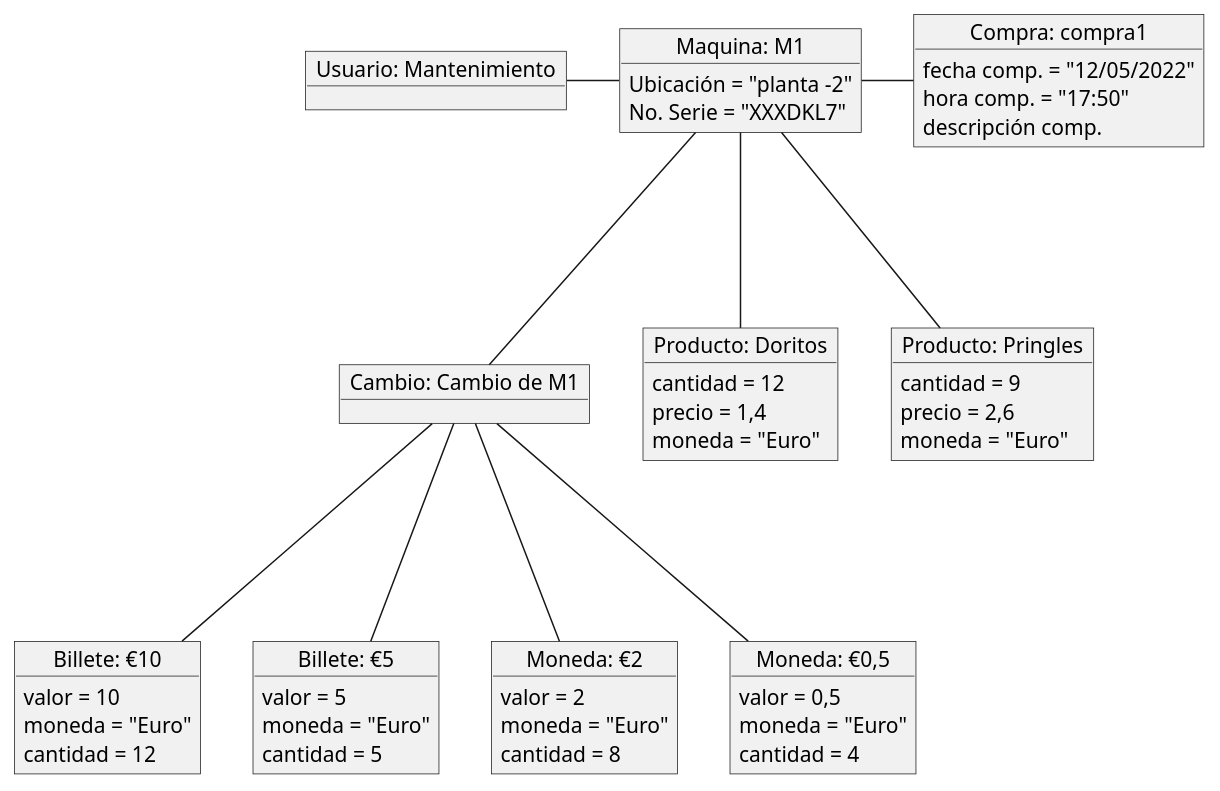
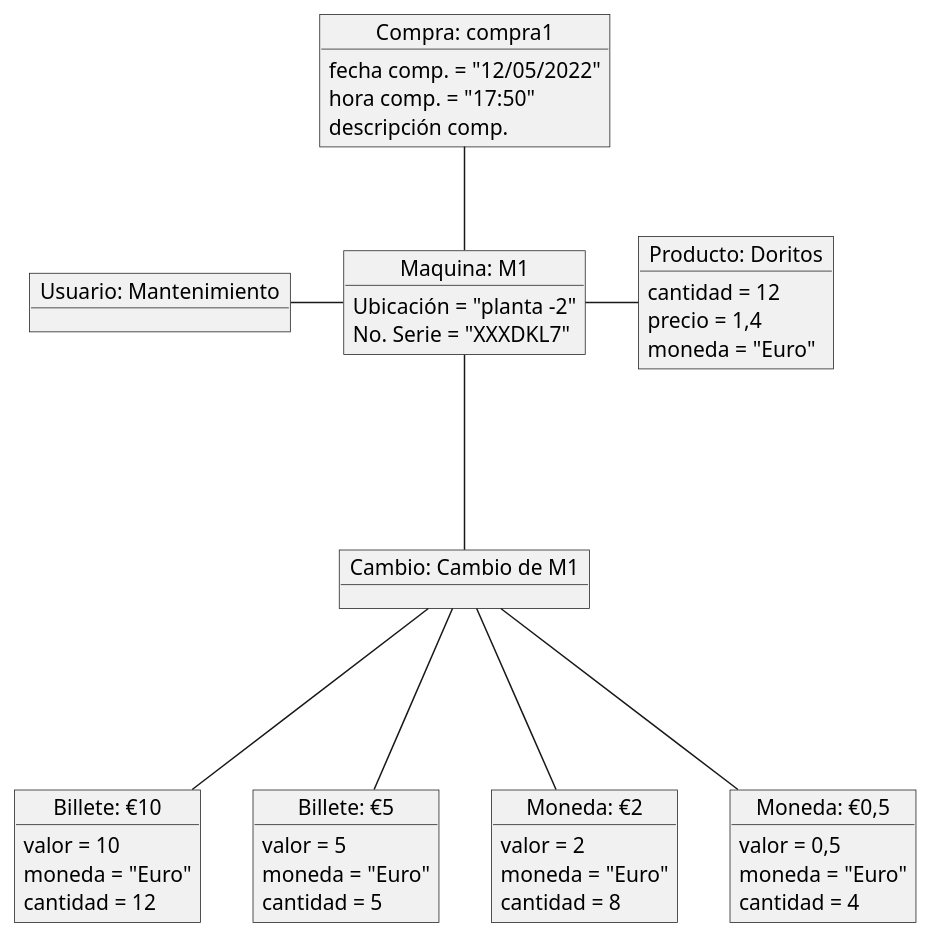
One commit to mmasias/IdSw2-22-23 changed the diagram in Grupo2/diagrama-de-objetos/objetos.plantuml. Above: the diagram before and after it, drawn with PlantUML. The commit also changed 6 other files, not shown here.

```diff
--- a/Grupo2/diagrama-de-objetos/objetos.plantuml
+++ b/Grupo2/diagrama-de-objetos/objetos.plantuml
@@ -1,66 +1,59 @@
 @startuml objetos
 object "Maquina: M1" as maq1{
 Ubicación = "planta -2"
 No. Serie = "XXXDKL7"
 }
 
 object "Compra: compra1" as comp1{
 fecha comp. = "12/05/2022"
 hora comp. = "17:50"
 descripción comp. 
 }
 
 object "Usuario: Mantenimiento" as man1{
 }
 
 object "Billete: €10" as b10{
 valor = 10
 moneda = "Euro"
 cantidad = 12
 }
 
 object "Billete: €5" as b5{
 valor = 5
 moneda = "Euro"
 cantidad = 5
 }
 
 object "Moneda: €2" as m2{
 valor = 2
 moneda = "Euro"
 cantidad = 8
 }
 
 object "Moneda: €0,5" as m05{
 valor = 0,5
 moneda = "Euro"
 cantidad = 4
 }
 
 object "Cambio: Cambio de M1" as cambio{
 }
 
 object "Producto: Doritos" as pro1{
 cantidad = 12
 precio = 1,4
 moneda = "Euro"
 }
 
-object "Producto: Pringles" as pro2{
-cantidad = 9
-precio = 2,6
-moneda = "Euro"
-}
-
-maq1 --r comp1
+maq1 --u comp1
 maq1 --l man1 
 
-maq1 --- pro1
-maq1 --- pro2
+maq1 --r pro1
 maq1 --- cambio
 
 cambio --- b10
 cambio --- b5
 cambio --- m2
 cambio --- m05
 @enduml
```
